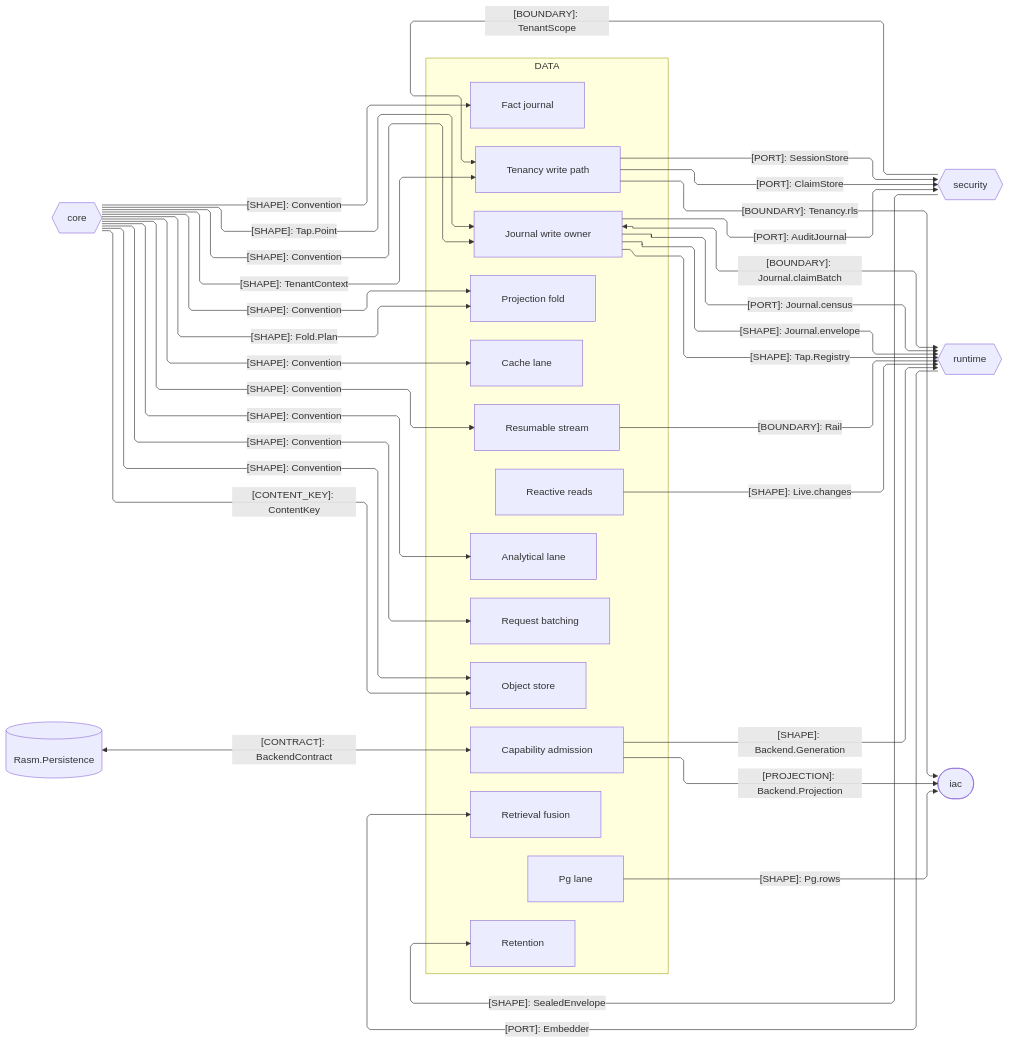
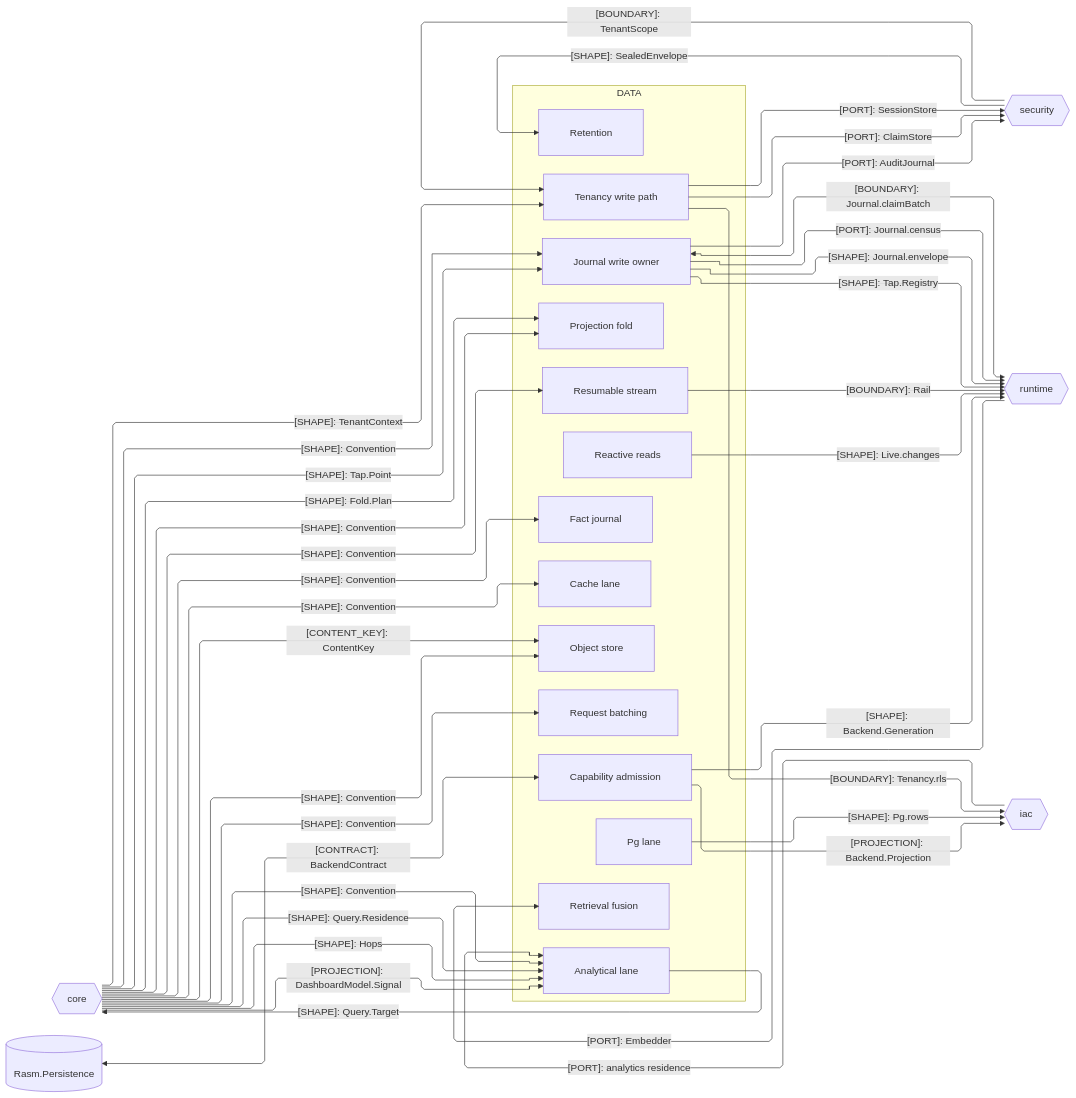
One commit to bsamiee/Rasm changed the second of 2 diagrams in libs/typescript/data/ARCHITECTURE.md. Above: the diagram before and after it, drawn with Mermaid. The commit also changed other lines of this file and 249 other files, not shown here.

````diff
--- a/libs/typescript/data/ARCHITECTURE.md
+++ b/libs/typescript/data/ARCHITECTURE.md
@@ -101,62 +101,67 @@
 ```mermaid
 ---
 config:
   layout: elk
   flowchart:
     curve: linear
     padding: 25
 ---
 flowchart LR
     accTitle: Data package seam registry
-    accDescr: Data owners exchanging content keys, tenancy, custody, and reactive shapes with the core, security, runtime, and iac peers.
+    accDescr: Data owners exchanging content keys, tenancy, custody, reactive shapes, and the analytics-residence door with the core, security, runtime, and iac peers.
     subgraph data[DATA]
         Fold[Projection fold]
         Store[Object store]
         Tenant[Tenancy write path]
         Retain[Retention]
         Append[Journal write owner]
         Live[Reactive reads]
         Stream[Resumable stream]
         Search[Retrieval fusion]
         Postgres[Pg lane]
         Capability[Capability admission]
         Fact[Fact journal]
         Batch[Request batching]
         Cache[Cache lane]
         Olap[Analytical lane]
     end
     Core{{core}}
     Security{{security}}
     Runtime{{runtime}}
-    Iac([iac])
+    Iac{{iac}}
     Persistence[(Rasm.Persistence)]
     Core e1@-->|"[SHAPE]: Fold.Plan"| Fold
     Core e2@-->|"[CONTENT_KEY]: ContentKey"| Store
     Core e3@-->|"[SHAPE]: TenantContext"| Tenant
     Tenant e4@-->|"[PORT]: SessionStore"| Security
     Security e5@-->|"[BOUNDARY]: TenantScope"| Tenant
     Security e6@-->|"[SHAPE]: SealedEnvelope"| Retain
     Append e7@<-->|"[BOUNDARY]: Journal.claimBatch"| Runtime
     Live e8@-->|"[SHAPE]: Live.changes"| Runtime
     Stream e9@-->|"[BOUNDARY]: Rail"| Runtime
     Runtime e10@-->|"[PORT]: Embedder"| Search
     Postgres e11@-->|"[SHAPE]: Pg.rows"| Iac
     Tenant e12@-->|"[BOUNDARY]: Tenancy.rls"| Iac
     Core e13@-->|"[SHAPE]: Convention"| Append
     Core e14@-->|"[SHAPE]: Convention"| Fold
     Append e15@-->|"[PORT]: Journal.census"| Runtime
     Tenant e16@-->|"[PORT]: ClaimStore"| Security
     Core e17@-->|"[SHAPE]: Convention"| Fact
     Core e18@-->|"[SHAPE]: Convention"| Batch
     Core e19@-->|"[SHAPE]: Convention"| Store
     Core e20@-->|"[SHAPE]: Convention"| Stream
     Core e21@-->|"[SHAPE]: Convention"| Cache
     Core e22@-->|"[SHAPE]: Convention"| Olap
     Append e23@-->|"[SHAPE]: Journal.envelope"| Runtime
     Core e24@-->|"[SHAPE]: Tap.Point"| Append
     Append e25@-->|"[SHAPE]: Tap.Registry"| Runtime
     Capability e26@-->|"[PROJECTION]: Backend.Projection"| Iac
     Capability e27@-->|"[SHAPE]: Backend.Generation"| Runtime
     Persistence e28@<-->|"[CONTRACT]: BackendContract"| Capability
     Append e29@-->|"[PORT]: AuditJournal"| Security
+    Core e30@-->|"[SHAPE]: Query.Residence"| Olap
+    Core e32@-->|"[SHAPE]: Hops"| Olap
+    Olap e31@-->|"[SHAPE]: Query.Target"| Core
+    Core e33@-->|"[PROJECTION]: DashboardModel.Signal"| Olap
+    Iac e34@-->|"[PORT]: analytics residence"| Olap
 ```
````
